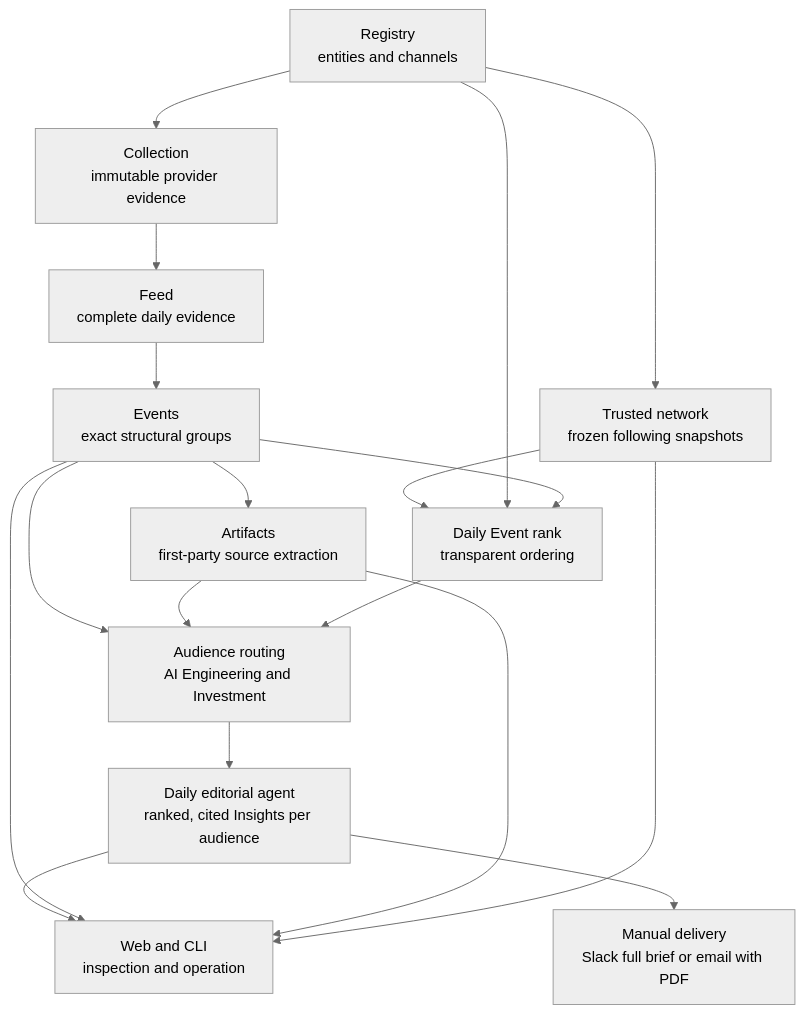
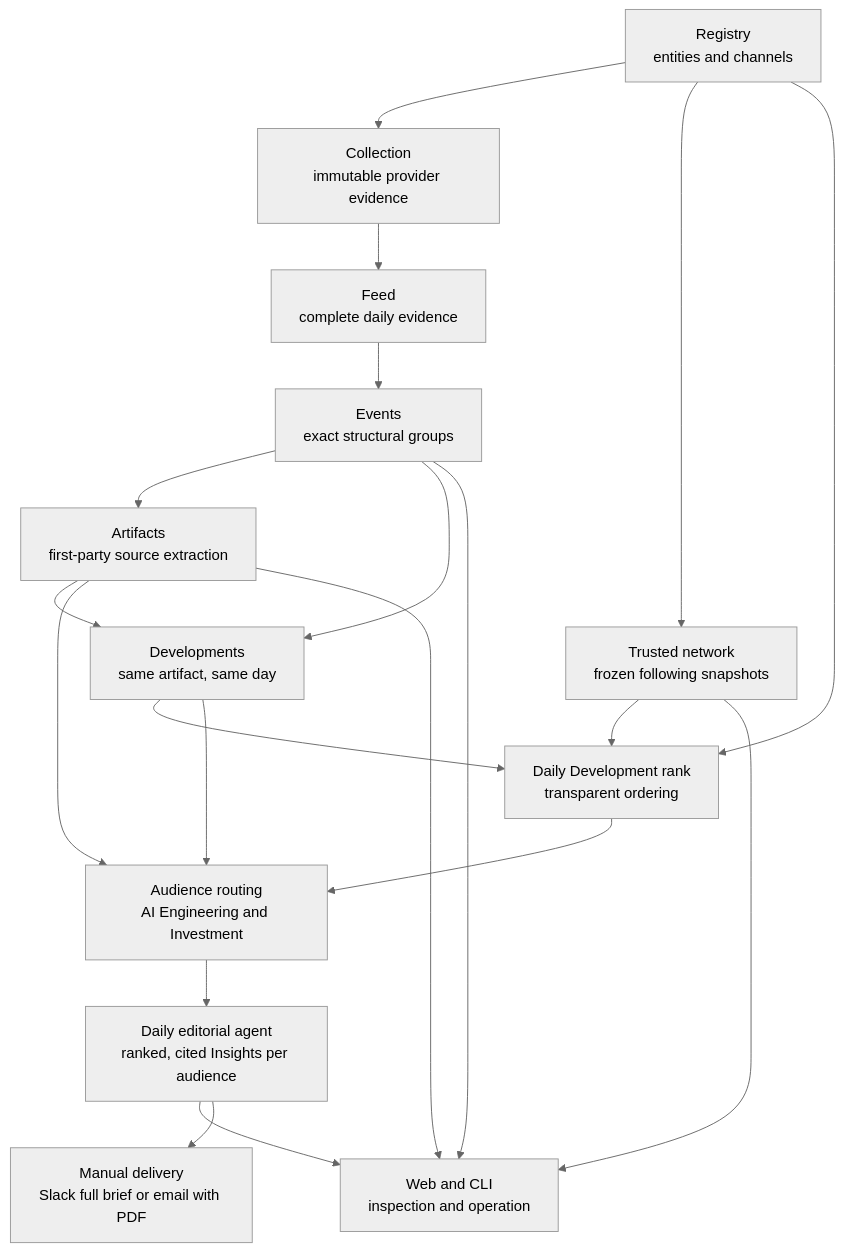
Before and after one commit to AdithyanI/frontier-lab-intelligence: the diagram in docs/architecture/overview.md, drawn with Mermaid (neutral theme). The commit also changed other lines of this file and 15 other files, not shown here.

````diff
--- a/docs/architecture/overview.md
+++ b/docs/architecture/overview.md
@@ -15,20 +15,22 @@
 ```mermaid
 flowchart TD
     R["Registry<br/>entities and channels"] --> C["Collection<br/>immutable provider evidence"]
     R --> N["Trusted network<br/>frozen following snapshots"]
     C --> F["Feed<br/>complete daily evidence"]
     F --> E["Events<br/>exact structural groups"]
     E --> A["Artifacts<br/>first-party source extraction"]
-    N --> S["Daily Event rank<br/>transparent ordering"]
+    E --> V["Developments<br/>same artifact, same day"]
+    A --> V
+    N --> S["Daily Development rank<br/>transparent ordering"]
     R --> S
-    E --> S
-    E --> Q["Audience routing<br/>AI Engineering and Investment"]
+    V --> S
+    V --> Q["Audience routing<br/>AI Engineering and Investment"]
     A --> Q
     S --> Q
     Q --> I["Daily editorial agent<br/>ranked, cited Insights per audience"]
     I --> W["Web and CLI<br/>inspection and operation"]
     I --> D["Manual delivery<br/>Slack full brief or email with PDF"]
     E --> W
     A --> W
     N --> W
 ```
````
